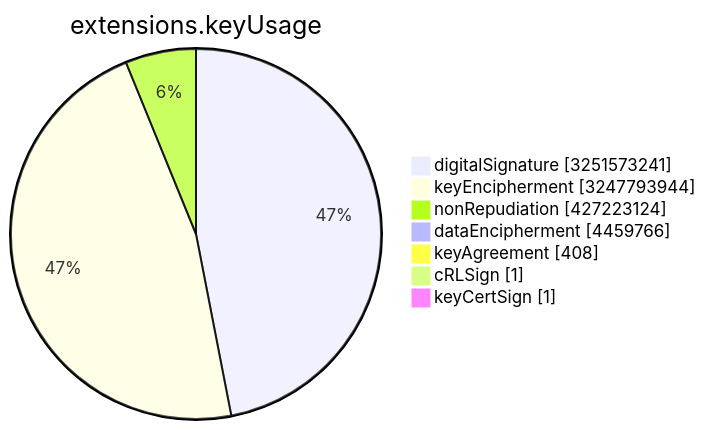
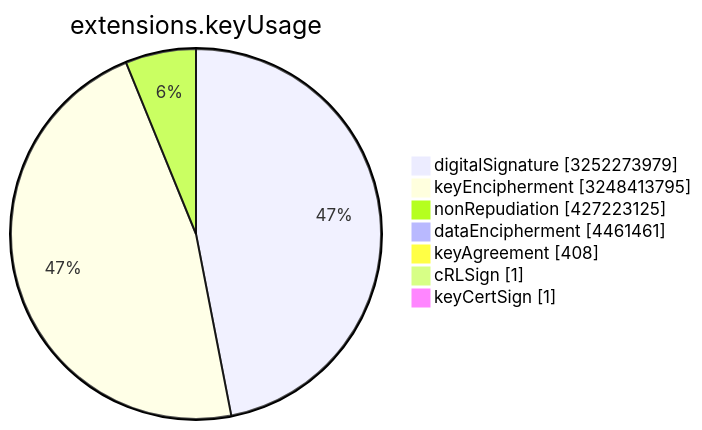
One commit to christiankrug/ctmonitor_visualization changed the sixth of 15 diagrams in TOTAL/README.md. Above: the diagram before and after it, drawn with Mermaid. The commit also changed other lines of this file, not shown here.

````diff
--- a/TOTAL/README.md
+++ b/TOTAL/README.md
@@ -3078,11 +3078,11 @@
 ```mermaid
 pie showData
 title extensions.keyUsage
-"digitalSignature" :3251573241
-"keyEncipherment" :3247793944
-"nonRepudiation" :427223124
-"dataEncipherment" :4459766
+"digitalSignature" :3252273979
+"keyEncipherment" :3248413795
+"nonRepudiation" :427223125
+"dataEncipherment" :4461461
 "keyAgreement" :408
 "cRLSign" :1
 "keyCertSign" :1
 ```
````
